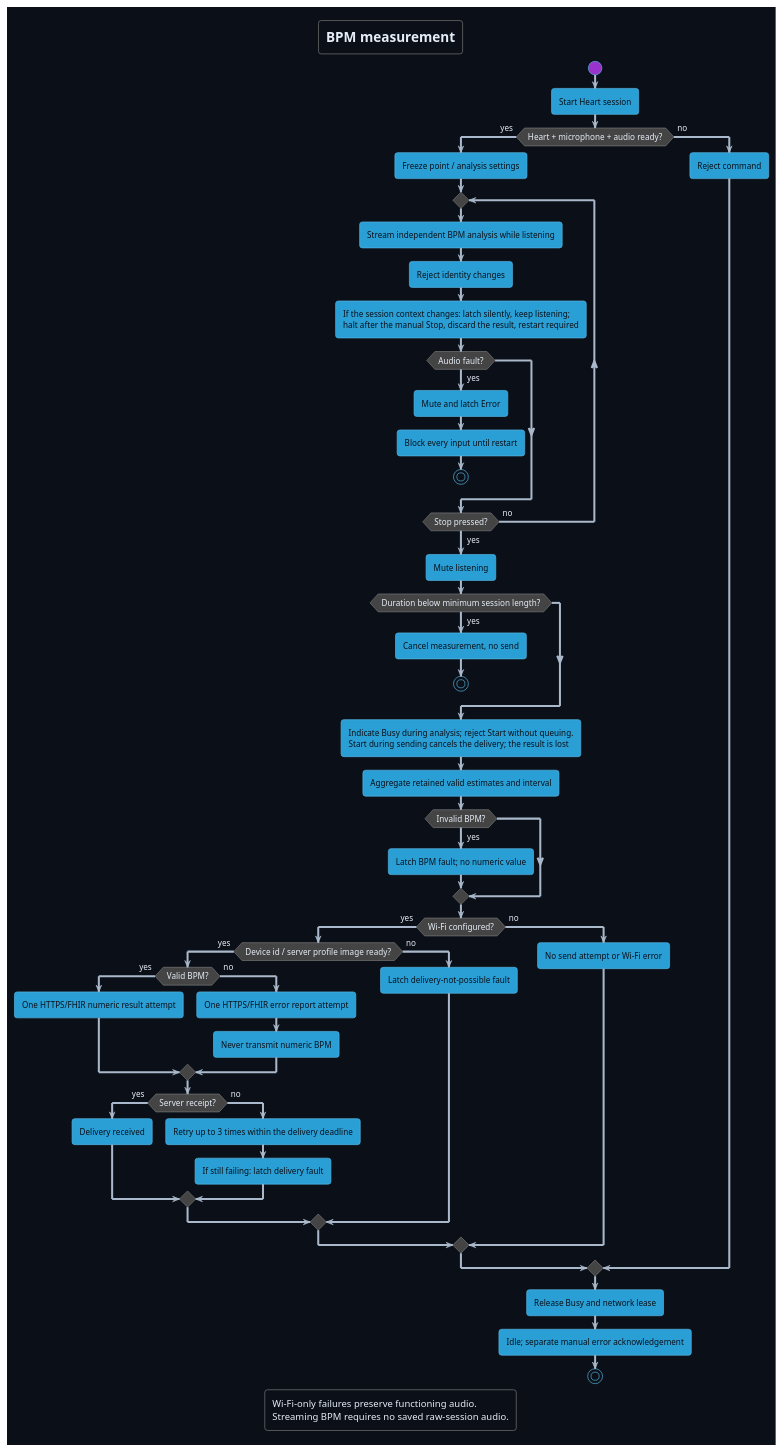
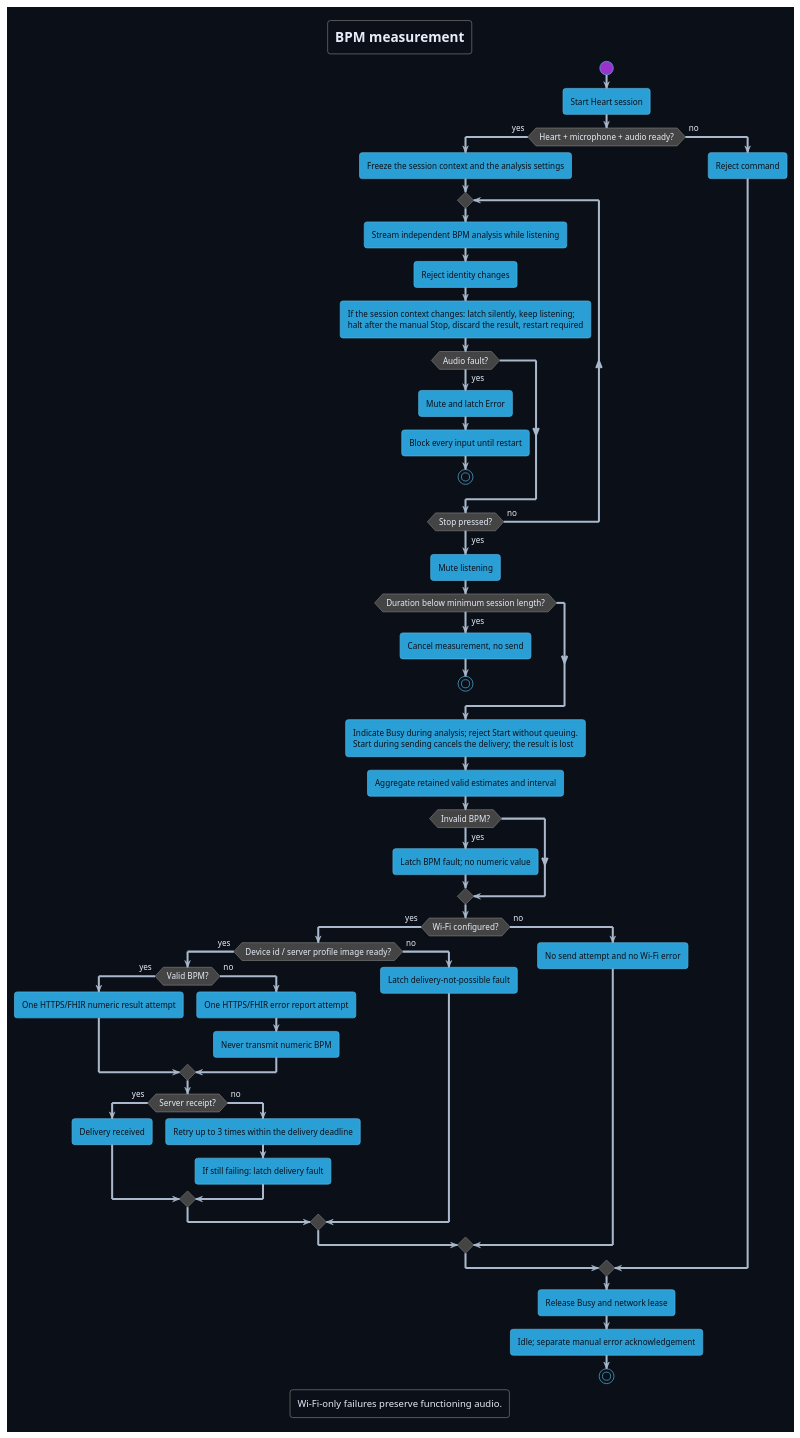
One commit to DemonicPsychoII/DigitalStethoscope changed the diagram in Development/system/architecture/system/puml/measurement-workflow.puml. Above: the diagram before and after it, drawn with PlantUML. The commit also changed 120 other files, not shown here.

```diff
--- a/Development/system/architecture/system/puml/measurement-workflow.puml
+++ b/Development/system/architecture/system/puml/measurement-workflow.puml
@@ -1,67 +1,66 @@
 @startuml measurement_workflow
 !theme cyborg
 skinparam shadowing false
 skinparam defaultFontName SansSerif
 skinparam backgroundColor #0b1018
 skinparam defaultFontColor #e6edf7
 skinparam ArrowColor #a9b8ca
 skinparam activity {
  FontColor #0b1018
  DiamondFontColor #e6edf7
 }
 title BPM measurement
 start
 :Start Heart session;
 if (Heart + microphone + audio ready?) then (yes)
- :Freeze point / analysis settings;
+ :Freeze the session context and the analysis settings;
  repeat
   :Stream independent BPM analysis while listening;
   :Reject identity changes;
   :If the session context changes: latch silently, keep listening;\nhalt after the manual Stop, discard the result, restart required;
   if (Audio fault?) then (yes)
    :Mute and latch Error;
    :Block every input until restart;
    stop
   endif
  repeat while (Stop pressed?) is (no) not (yes)
  :Mute listening;
  if (Duration below minimum session length?) then (yes)
   :Cancel measurement, no send;
   stop
  endif
  :Indicate Busy during analysis; reject Start without queuing.\nStart during sending cancels the delivery; the result is lost;
  :Aggregate retained valid estimates and interval;
  if (Invalid BPM?) then (yes)
   :Latch BPM fault; no numeric value;
  endif
  if (Wi-Fi configured?) then (yes)
   if (Device id / server profile image ready?) then (yes)
    if (Valid BPM?) then (yes)
     :One HTTPS/FHIR numeric result attempt;
    else (no)
     :One HTTPS/FHIR error report attempt;
     :Never transmit numeric BPM;
    endif
    if (Server receipt?) then (yes)
     :Delivery received;
    else (no)
     :Retry up to 3 times within the delivery deadline;
     :If still failing: latch delivery fault;
    endif
   else (no)
    :Latch delivery-not-possible fault;
   endif
  else (no)
-  :No send attempt or Wi-Fi error;
+  :No send attempt and no Wi-Fi error;
  endif
 else (no)
  :Reject command;
 endif
 :Release Busy and network lease;
 :Idle; separate manual error acknowledgement;
 stop
 legend bottom
   Wi-Fi-only failures preserve functioning audio.
-  Streaming BPM requires no saved raw-session audio.
 endlegend
 @enduml
```
